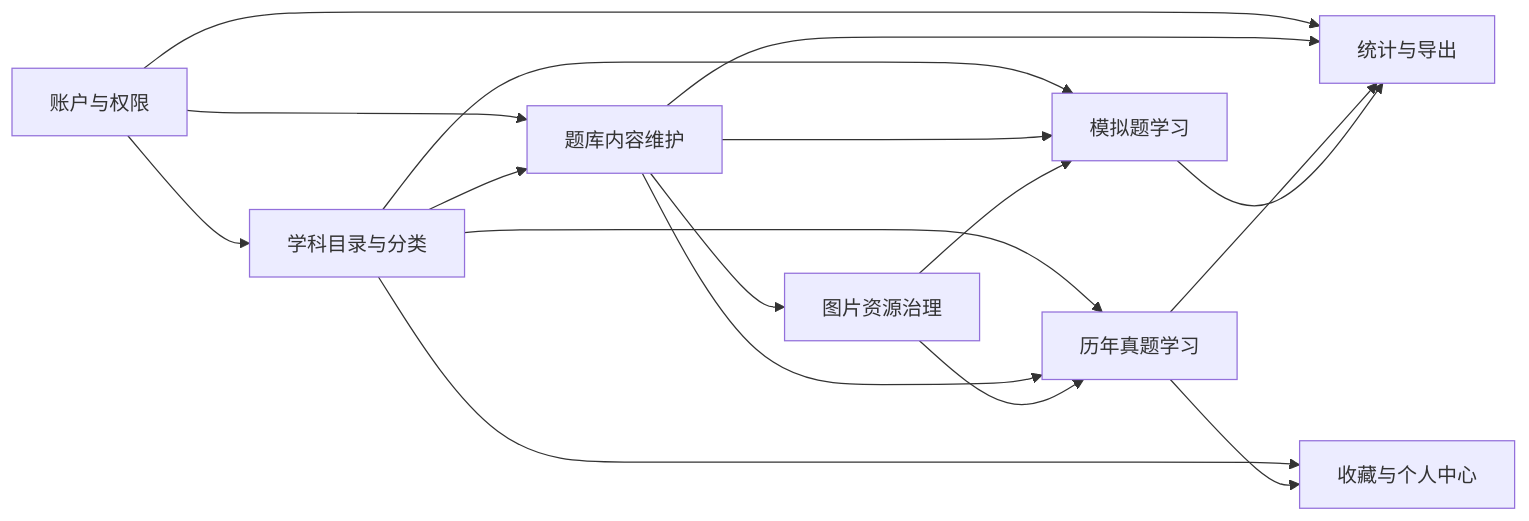
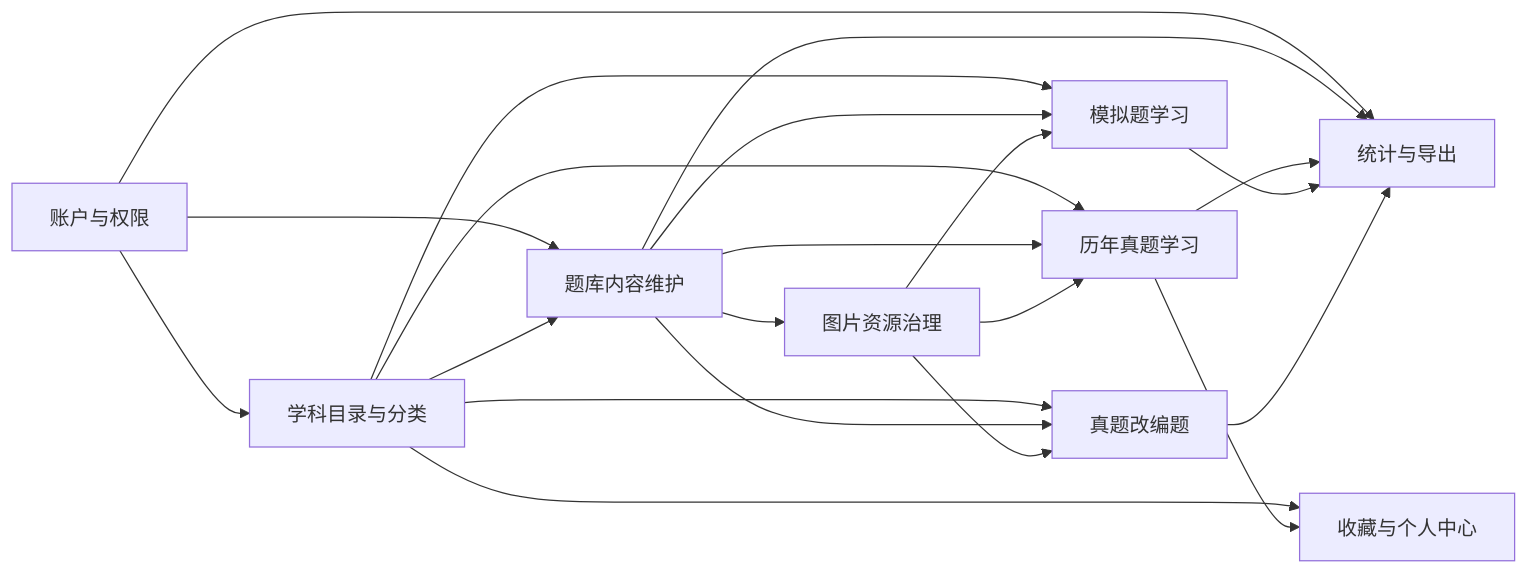
The first of 6 diagrams in doc/模块说明文档.md (ddll8023/408web), drawn with Mermaid before and after one commit. The commit also changed other lines of this file and 44 other files, not shown here.

````diff
--- a/doc/模块说明文档.md
+++ b/doc/模块说明文档.md
@@ -345,19 +364,23 @@
 ```mermaid
 flowchart LR
     A[账户与权限] --> B[学科目录与分类]
     A --> E[题库内容维护]
     A --> F[统计与导出]
     B --> C[历年真题学习]
     B --> D[模拟题学习]
+    B --> I[真题改编题]
     B --> E
     B --> G[收藏与个人中心]
     E --> C
     E --> D
+    E --> I
     E --> F
     E --> H[图片资源治理]
     C --> F
     C --> G
     D --> F
+    I --> F
     H --> C
     H --> D
+    H --> I
 ```
````
